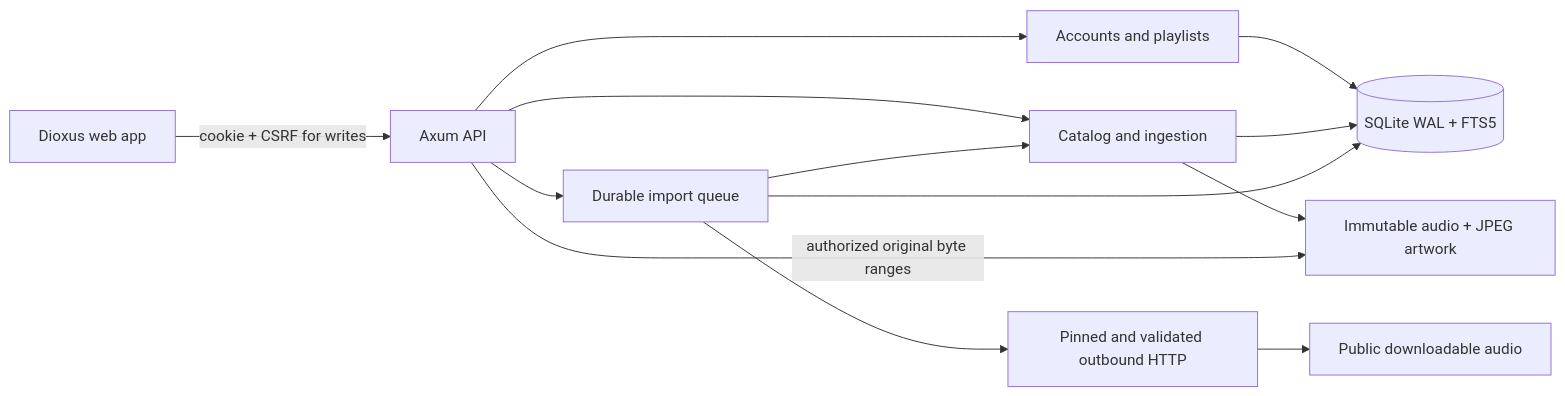
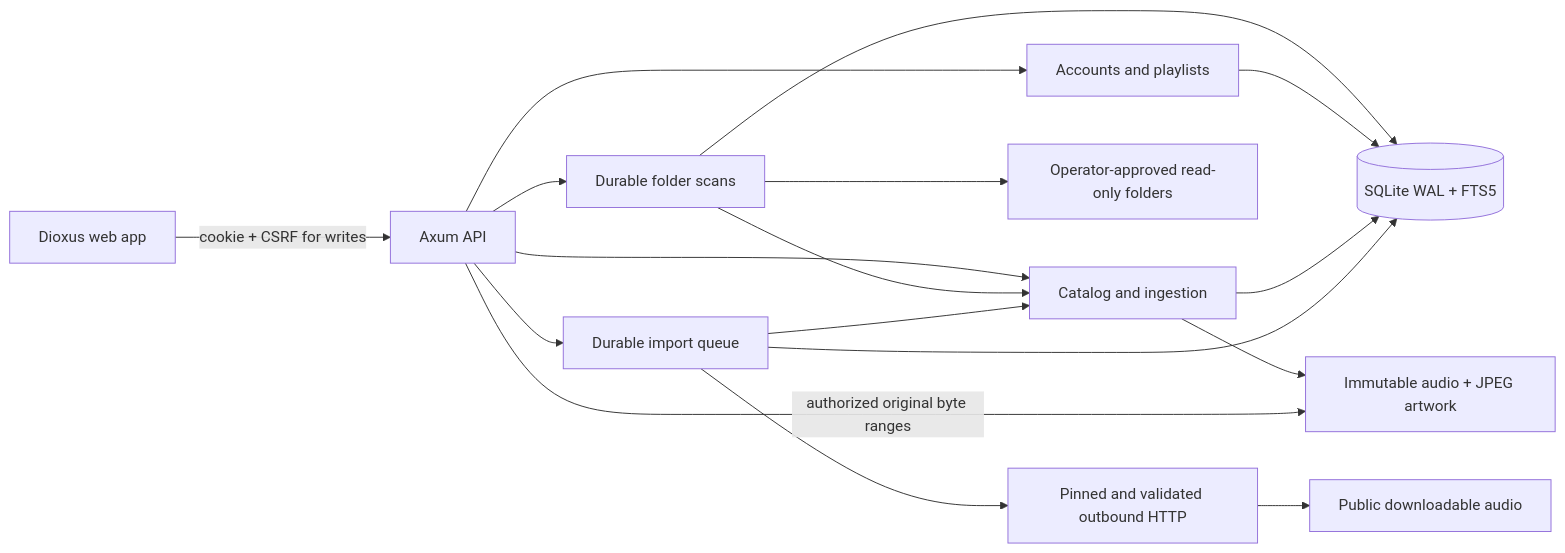
The diagram in docs/ARCHITECTURE.md (Fynth/vela), drawn with Mermaid before and after one commit. The commit also changed other lines of this file and 35 other files, not shown here.

Commit message:
Add private read-only folder scanning with durable jobs and browser controls

````diff
--- a/docs/ARCHITECTURE.md
+++ b/docs/ARCHITECTURE.md
@@ -14,15 +15,19 @@
 ```mermaid
 flowchart LR
  Browser[Dioxus web app] -->|cookie + CSRF for writes| HTTP[Axum API]
  HTTP --> Core[Accounts and playlists]
  HTTP --> Media[Catalog and ingestion]
+ HTTP --> Scanner[Durable folder scans]
+ Scanner --> Roots[Operator-approved read-only folders]
+ Scanner --> Media
+ Scanner --> DB
  HTTP --> Imports[Durable import queue]
  Imports --> Egress[Pinned and validated outbound HTTP]
  Egress --> Internet[Public downloadable audio]
  Imports --> Media
  Core --> DB[(SQLite WAL + FTS5)]
  Media --> DB
  Imports --> DB
  Media --> Disk[Immutable audio + JPEG artwork]
  HTTP -->|authorized original byte ranges| Disk
 ```
````
